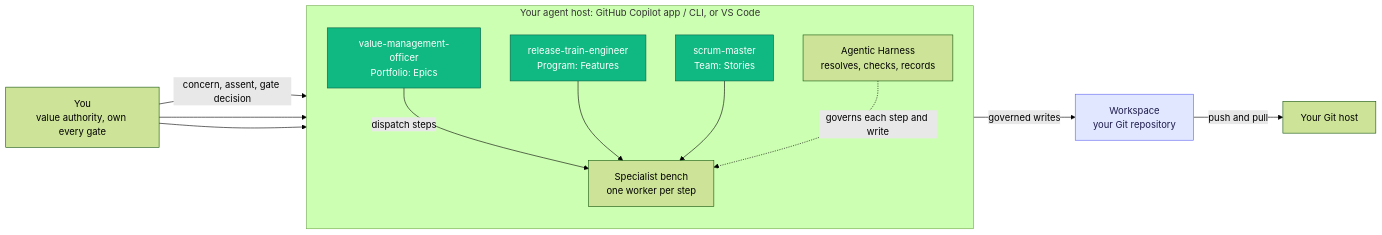
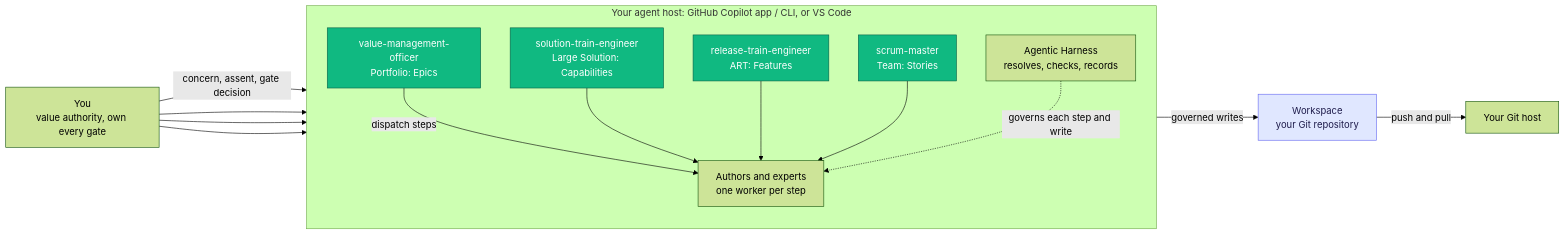
One commit to poesis-cloud/pis-documentation-site changed the diagram in saf/index.md. Above: the diagram before and after it, drawn with Mermaid (forest theme). The commit also changed other lines of this file and 7 other files, not shown here.

````diff
--- a/saf/index.md
+++ b/saf/index.md
@@ -33,28 +33,31 @@
 ```mermaid
 flowchart LR
     U["You<br/>value authority, own every gate"]
     subgraph HOST["Your agent host: GitHub Copilot app / CLI, or VS Code"]
       direction TB
       VMO["value-management-officer<br/>Portfolio: Epics"]
-      RTE["release-train-engineer<br/>Program: Features"]
+      STE["solution-train-engineer<br/>Large Solution: Capabilities"]
+      RTE["release-train-engineer<br/>ART: Features"]
       SM["scrum-master<br/>Team: Stories"]
-      BENCH["Specialist bench<br/>one worker per step"]
+      BENCH["Authors and experts<br/>one worker per step"]
       H["Agentic Harness<br/>resolves, checks, records"]
     end
     WS["Workspace<br/>your Git repository"]
     GH["Your Git host"]
     U -->|"concern, assent, gate decision"| VMO
+    U --> STE
     U --> RTE
     U --> SM
     VMO -->|"dispatch steps"| BENCH
+    STE --> BENCH
     RTE --> BENCH
     SM --> BENCH
     H -.->|"governs each step and write"| BENCH
     BENCH -->|"governed writes"| WS
     WS -->|"push and pull"| GH
 
     classDef orch fill:#10b981,stroke:#065f46,color:#ffffff;
     classDef fs fill:#e0e7ff,stroke:#6366f1,color:#1e1b4b;
-    class VMO,RTE,SM orch
+    class VMO,STE,RTE,SM orch
     class WS fs
 ```
````
